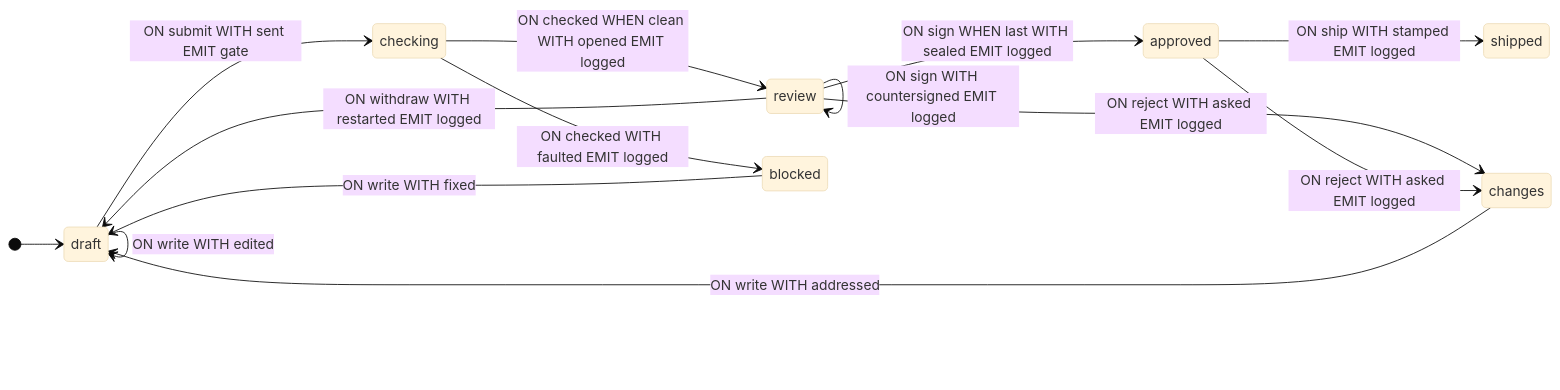
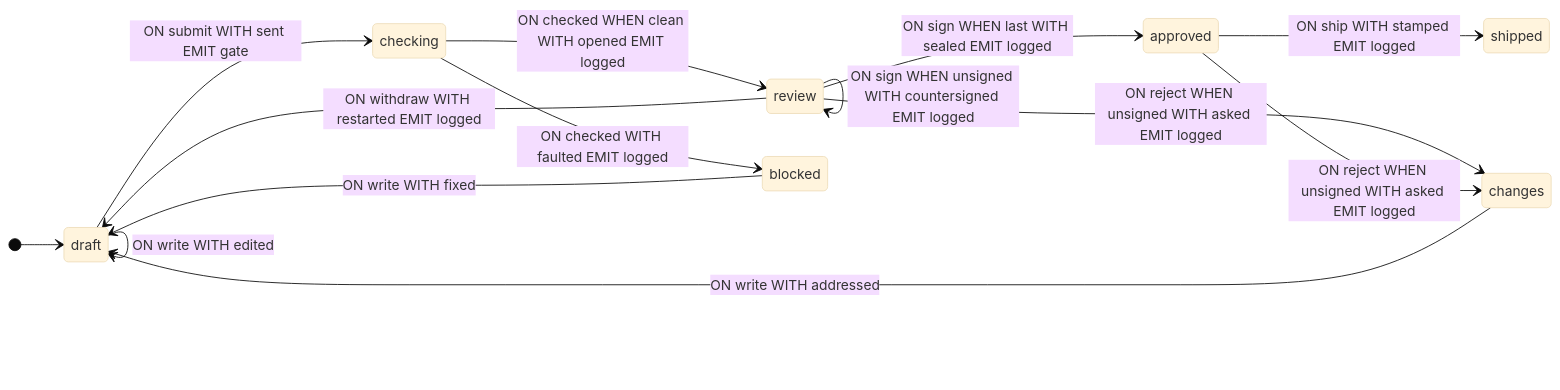
Before and after one commit to evgkch/fsmjs-examples: the third of 3 diagrams in review/README.md, drawn with Mermaid (base theme). The commit also changed other lines of this file and 30 other files, not shown here.

````diff
--- a/review/README.md
+++ b/review/README.md
@@ -833,18 +927,17 @@
 ```mermaid
 stateDiagram-v2
     direction LR
     [*] --> draft
     draft --> draft: ON write WITH edited
     draft --> checking: ON submit WITH sent EMIT gate
     checking --> review: ON checked WHEN clean WITH opened EMIT logged
     checking --> blocked: ON checked WITH faulted EMIT logged
     blocked --> draft: ON write WITH fixed
     review --> approved: ON sign WHEN last WITH sealed EMIT logged
-    review --> review: ON sign WHEN already EMIT logged
-    review --> review: ON sign WITH countersigned EMIT logged
-    review --> changes: ON reject WITH asked EMIT logged
+    review --> review: ON sign WHEN unsigned WITH countersigned EMIT logged
+    review --> changes: ON reject WHEN unsigned WITH asked EMIT logged
     review --> draft: ON withdraw WITH restarted EMIT logged
     changes --> draft: ON write WITH addressed
     approved --> shipped: ON ship WITH stamped EMIT logged
-    approved --> changes: ON reject WITH asked EMIT logged
+    approved --> changes: ON reject WHEN unsigned WITH asked EMIT logged
 ```
````
